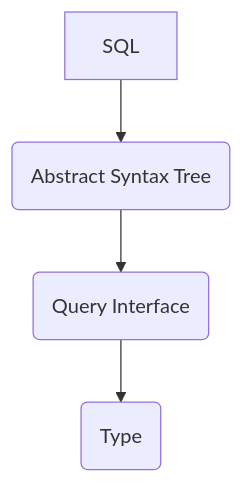
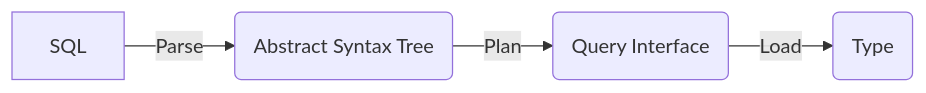
The diagram in packages/potygen/README.md (ivank/potygen), drawn with Mermaid before and after one commit. The commit also changed other lines of this file and 15 other files, not shown here.

````diff
--- a/packages/potygen/README.md
+++ b/packages/potygen/README.md
@@ -47,6 +53,6 @@
 ```mermaid
-graph TD
-    SQL --> AST(Abstract Syntax Tree)
-    AST --> QI(Query Interface)
-    QI --> T(Type)
+graph LR
+    SQL --> | Parse | AST(Abstract Syntax Tree)
+    AST --> | Plan | QI(Query Interface)
+    QI --> | Load | T(Type)
 ```
````
